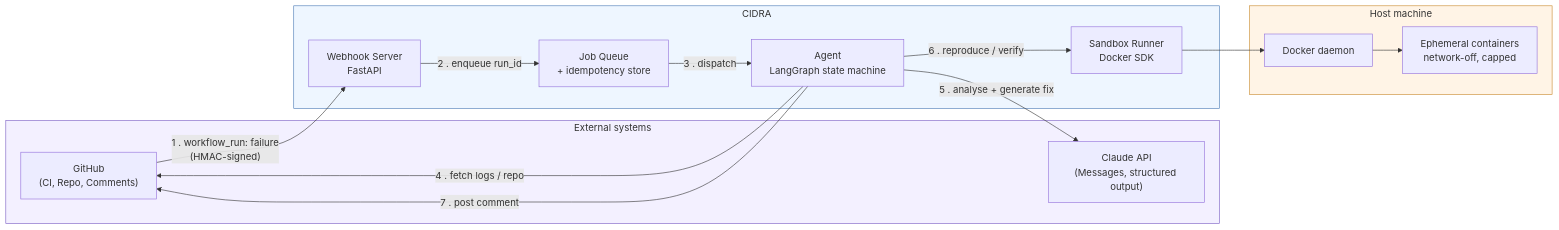
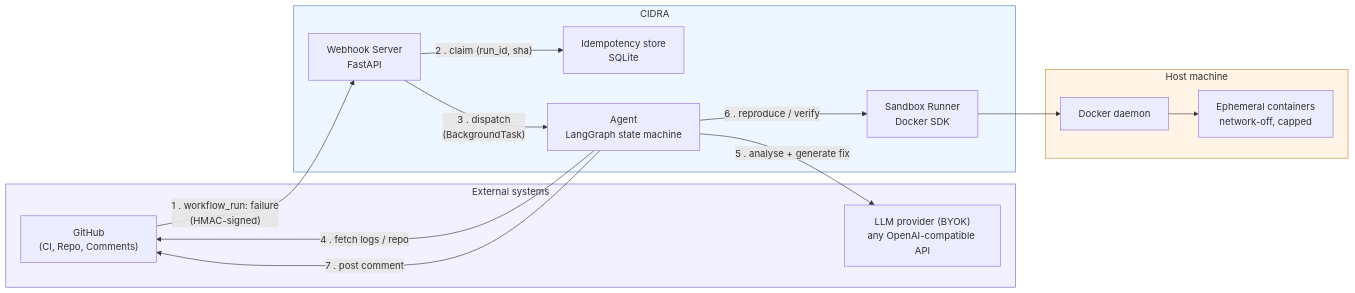
One commit to abhishekKokadwar/CIDRA changed the first of 11 diagrams in docs/4_architecture.md. Above: the diagram before and after it, drawn with Mermaid. The commit also changed other lines of this file and 2 other files, not shown here.

First line of the commit message:
docs: add runtime architecture diagram to README and align architecture doc with code

````diff
--- a/docs/4_architecture.md
+++ b/docs/4_architecture.md
@@ -25,32 +25,32 @@
 ```mermaid
 graph LR
     subgraph external["External systems"]
         GH["GitHub<br/>(CI, Repo, Comments)"]
-        LLM["Claude API<br/>(Messages, structured output)"]
+        LLM["LLM provider (BYOK)<br/>any OpenAI-compatible API"]
     end
 
     subgraph cidra["CIDRA"]
         WH["Webhook Server<br/>FastAPI"]
-        Q["Job Queue<br/>+ idempotency store"]
+        Q["Idempotency store<br/>SQLite"]
         AG["Agent<br/>LangGraph state machine"]
         SB["Sandbox Runner<br/>Docker SDK"]
     end
 
     subgraph host["Host machine"]
         DK["Docker daemon"]
         CT["Ephemeral containers<br/>network-off, capped"]
     end
 
     GH -- "1 . workflow_run: failure<br/>(HMAC-signed)" --> WH
-    WH -- "2 . enqueue run_id" --> Q
-    Q -- "3 . dispatch" --> AG
+    WH -- "2 . claim (run_id, sha)" --> Q
+    WH -- "3 . dispatch<br/>(BackgroundTask)" --> AG
     AG -- "4 . fetch logs / repo" --> GH
     AG -- "5 . analyse + generate fix" --> LLM
     AG -- "6 . reproduce / verify" --> SB
     SB --> DK --> CT
     AG -- "7 . post comment" --> GH
 
     style cidra fill:#eef6ff,stroke:#4a7ab5
     style host fill:#fff4e6,stroke:#c98a2e
     style external fill:#f3f0ff,stroke:#7a5ec4
 ```
````
